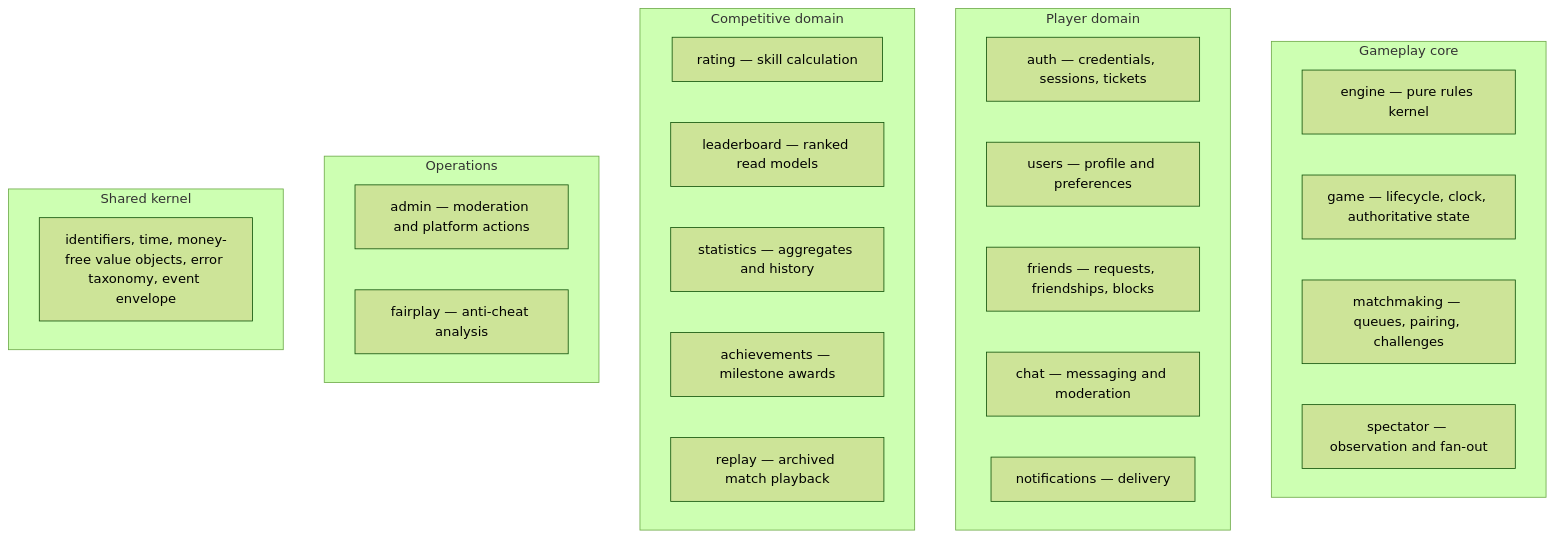
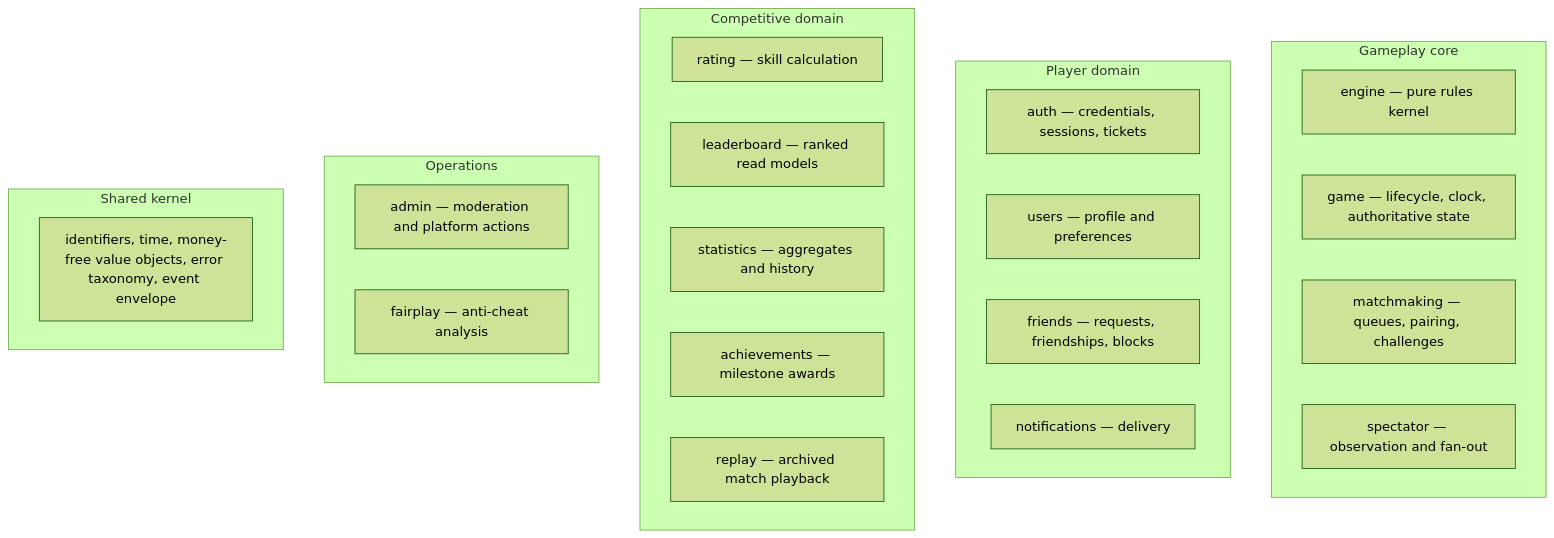
Before and after one commit to shohruh-yuldashov/arena64: the third of 8 diagrams in docs/01-architecture/architecture.md, drawn with Mermaid (forest theme). The commit also changed other lines of this file and 12 other files, not shown here.

````diff
--- a/docs/01-architecture/architecture.md
+++ b/docs/01-architecture/architecture.md
@@ -256,34 +255,33 @@
 ```mermaid
 flowchart TB
     subgraph gameplay["Gameplay core"]
         ENGINE["engine — pure rules kernel"]
         GAME["game — lifecycle, clock, authoritative state"]
         MM["matchmaking — queues, pairing, challenges"]
         SPEC["spectator — observation and fan-out"]
     end
 
     subgraph player["Player domain"]
         AUTH["auth — credentials, sessions, tickets"]
         USERS["users — profile and preferences"]
         FRIENDS["friends — requests, friendships, blocks"]
-        CHAT["chat — messaging and moderation"]
         NOTIF["notifications — delivery"]
     end
 
     subgraph competitive["Competitive domain"]
         RATE["rating — skill calculation"]
         LEAD["leaderboard — ranked read models"]
         STAT["statistics — aggregates and history"]
         ACH["achievements — milestone awards"]
         REP["replay — archived match playback"]
     end
 
     subgraph ops["Operations"]
         ADMIN["admin — moderation and platform actions"]
         FAIR["fairplay — anti-cheat analysis"]
     end
 
     subgraph kernel["Shared kernel"]
         SK["identifiers, time, money-free value objects, error taxonomy, event envelope"]
     end
 ```
````
